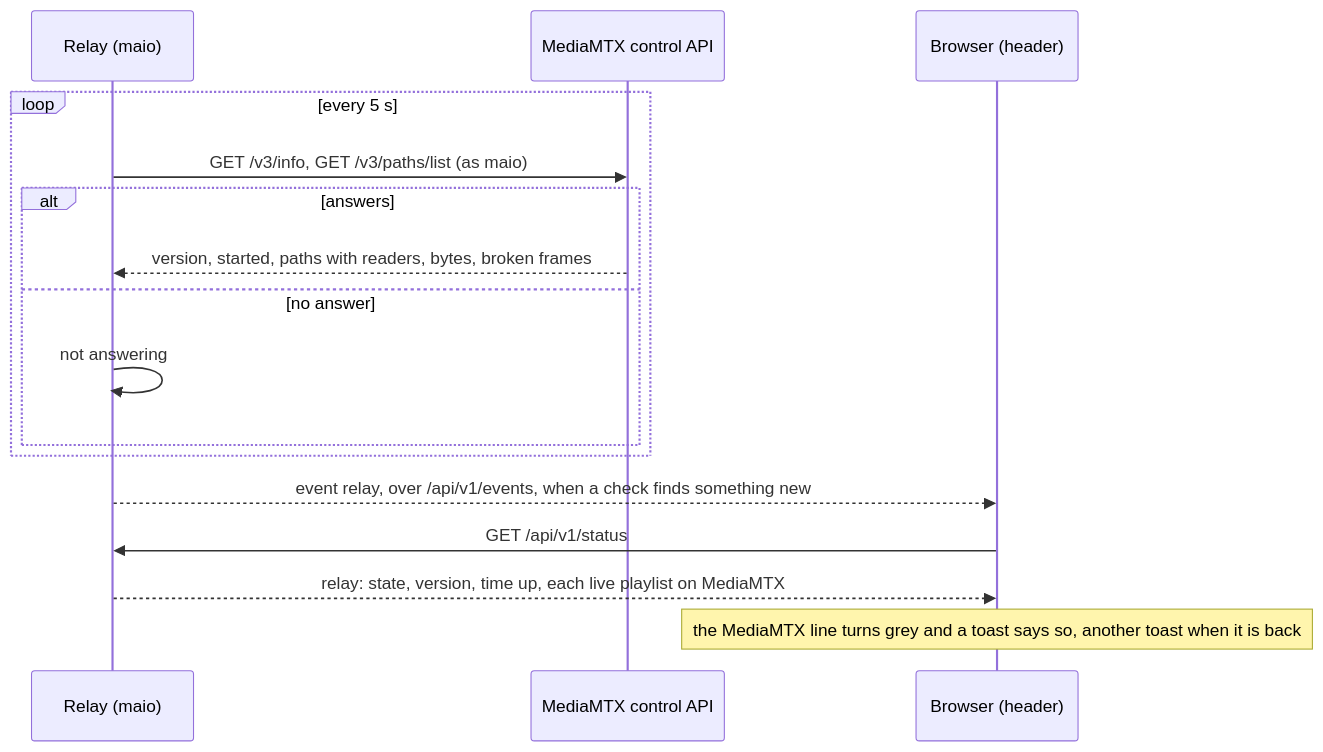
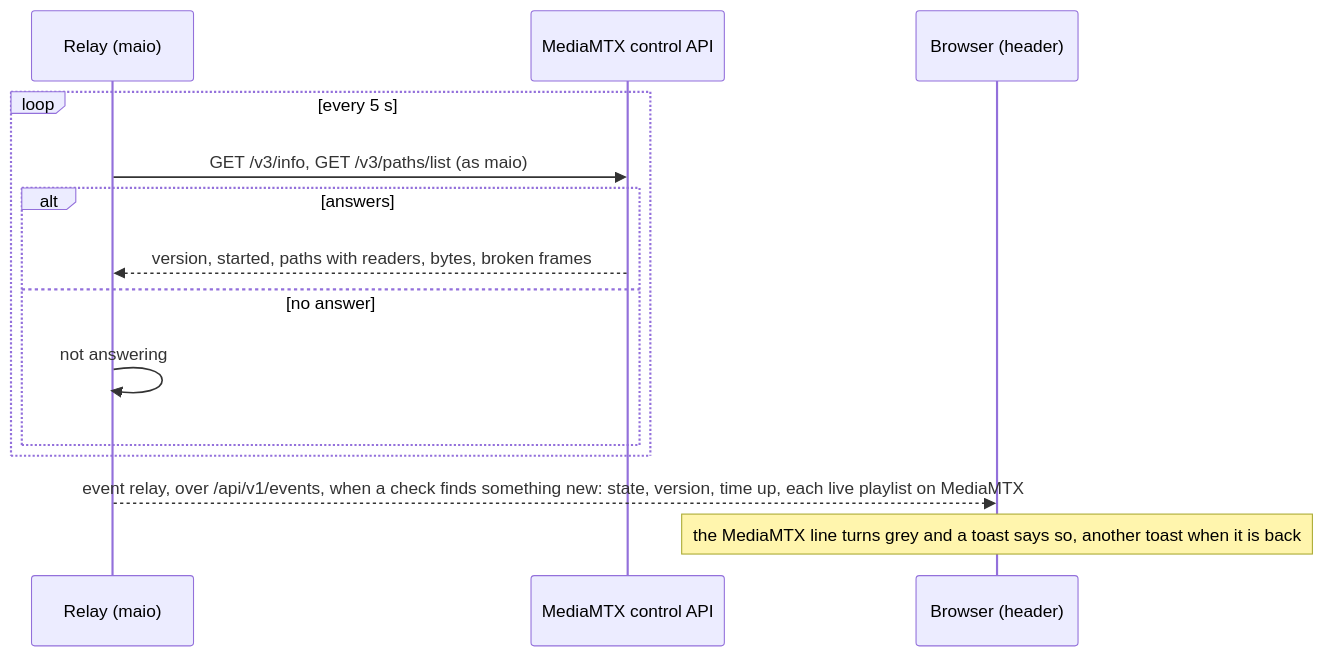
Before and after one commit to fulgas/maio: the fifth of 5 diagrams in docs/architecture/06-runtime-view.md, drawn with Mermaid. The commit also changed other lines of this file and 14 other files, not shown here.

First line of the commit message:
feat(ui): each part of the page changes only by its own events, with nothing fetched

````diff
--- a/docs/architecture/06-runtime-view.md
+++ b/docs/architecture/06-runtime-view.md
@@ -123,18 +121,16 @@
 ```mermaid
 sequenceDiagram
     participant R as Relay (maio)
     participant M as MediaMTX control API
     participant B as Browser (header)
     loop every 5 s
         R->>M: GET /v3/info, GET /v3/paths/list (as maio)
         alt answers
             M-->>R: version, started, paths with readers, bytes, broken frames
         else no answer
             R->>R: not answering
         end
     end
-    R-->>B: event relay, over /api/v1/events, when a check finds something new
-    B->>R: GET /api/v1/status
-    R-->>B: relay: state, version, time up, each live playlist on MediaMTX
+    R-->>B: event relay, over /api/v1/events, when a check finds something new: state, version, time up, each live playlist on MediaMTX
     Note over B: the MediaMTX line turns grey and a toast says so, another toast when it is back
 ```
````
